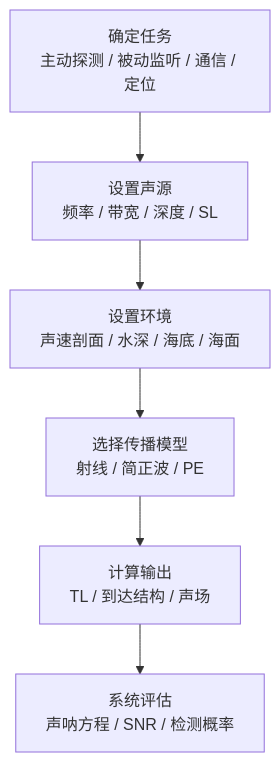
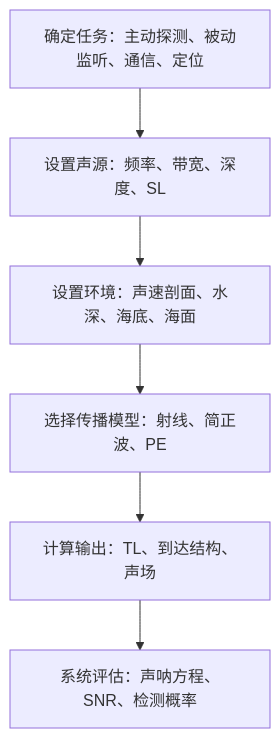
One commit to SatelliteCoder/Underwater-Acoustics-Learning changed the seventh of 7 diagrams in docs/水声学原理概念参数原理汇总.md. Above: the diagram before and after it, drawn with Mermaid. The commit also changed other lines of this file, not shown here.

Commit message:
fix mermaid diagram rendering

````diff
--- a/docs/水声学原理概念参数原理汇总.md
+++ b/docs/水声学原理概念参数原理汇总.md
@@ -715,8 +715,8 @@
 ```mermaid
 flowchart TD
-    A["确定任务<br/>主动探测 / 被动监听 / 通信 / 定位"] --> B["设置声源<br/>频率 / 带宽 / 深度 / SL"]
-    B --> C["设置环境<br/>声速剖面 / 水深 / 海底 / 海面"]
-    C --> D["选择传播模型<br/>射线 / 简正波 / PE"]
-    D --> E["计算输出<br/>TL / 到达结构 / 声场"]
-    E --> F["系统评估<br/>声呐方程 / SNR / 检测概率"]
+    A["确定任务：主动探测、被动监听、通信、定位"] --> B["设置声源：频率、带宽、深度、SL"]
+    B --> C["设置环境：声速剖面、水深、海底、海面"]
+    C --> D["选择传播模型：射线、简正波、PE"]
+    D --> E["计算输出：TL、到达结构、声场"]
+    E --> F["系统评估：声呐方程、SNR、检测概率"]
 ```
````
